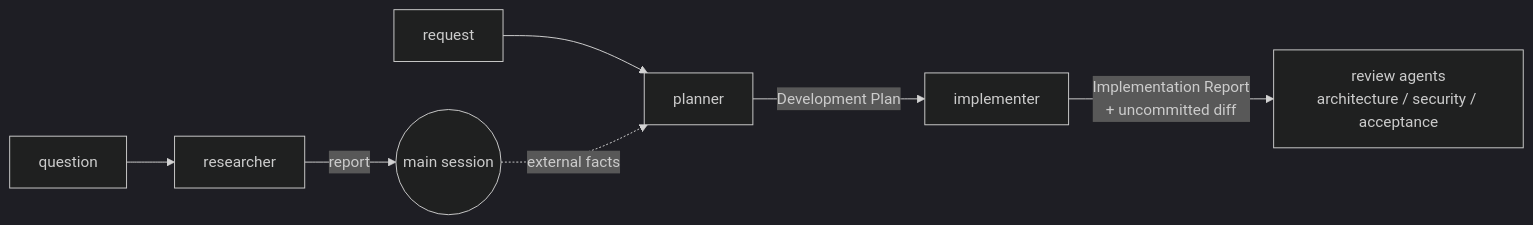
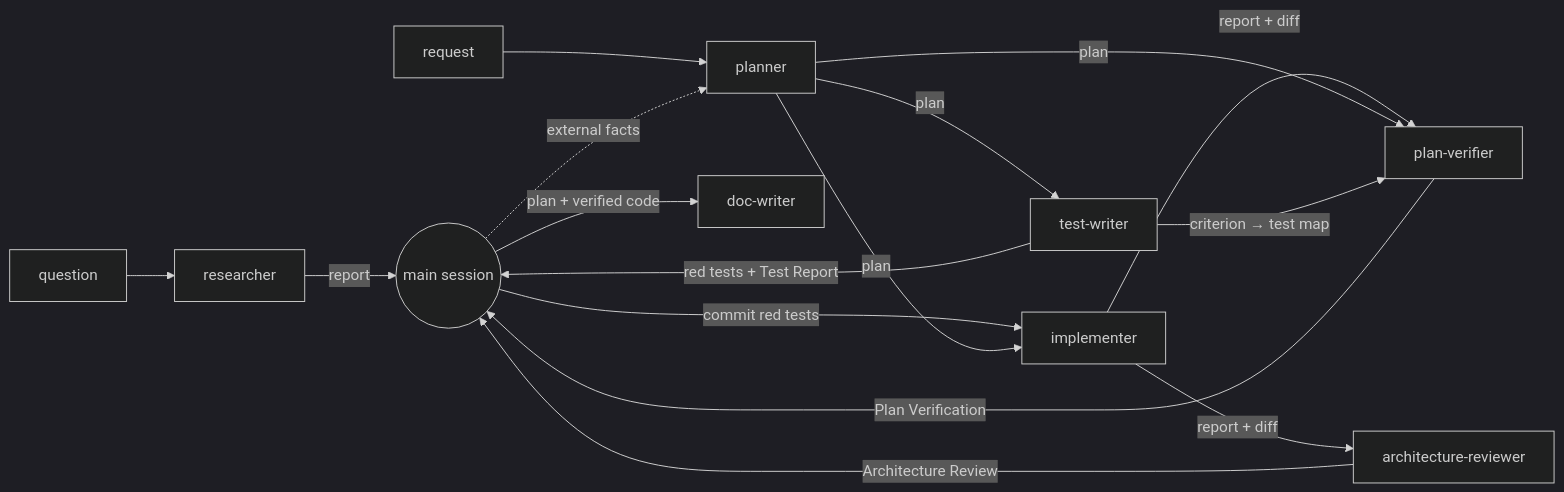
Before and after one commit to HlibHav/dev-digest: the diagram in .claude/agents/README.md, drawn with Mermaid (dark theme). The commit also changed other lines of this file and 8 other files, not shown here.

First line of the commit message:
feat(agents): add test-writer, architecture-reviewer, plan-verifier, doc-writer

````diff
--- a/.claude/agents/README.md
+++ b/.claude/agents/README.md
@@ -23,9 +31,17 @@
 ```mermaid
 flowchart LR
-  Q[question] --> R[researcher]
-  R -- report --> S((main session))
+  Q[question] --> R[researcher] -- report --> S((main session))
   REQ[request] --> P[planner]
   S -. external facts .-> P
-  P -- Development Plan --> I[implementer]
-  I -- Implementation Report<br/>+ uncommitted diff --> REV[review agents<br/>architecture / security / acceptance]
+  P -- plan --> TW[test-writer]
+  TW -- red tests + Test Report --> S
+  S -- commit red tests --> I[implementer]
+  P -- plan --> I
+  I -- report + diff --> AR[architecture-reviewer]
+  I -- report + diff --> PV[plan-verifier]
+  P -- plan --> PV
+  TW -- criterion → test map --> PV
+  AR -- Architecture Review --> S
+  PV -- Plan Verification --> S
+  S -- plan + verified code --> DW[doc-writer]
 ```
````
